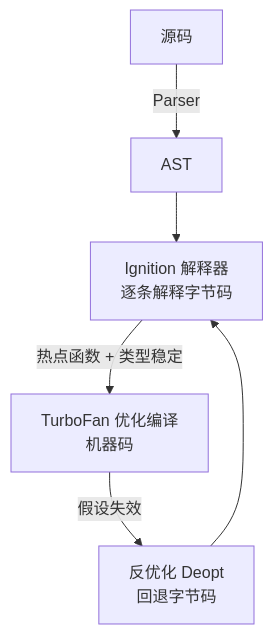
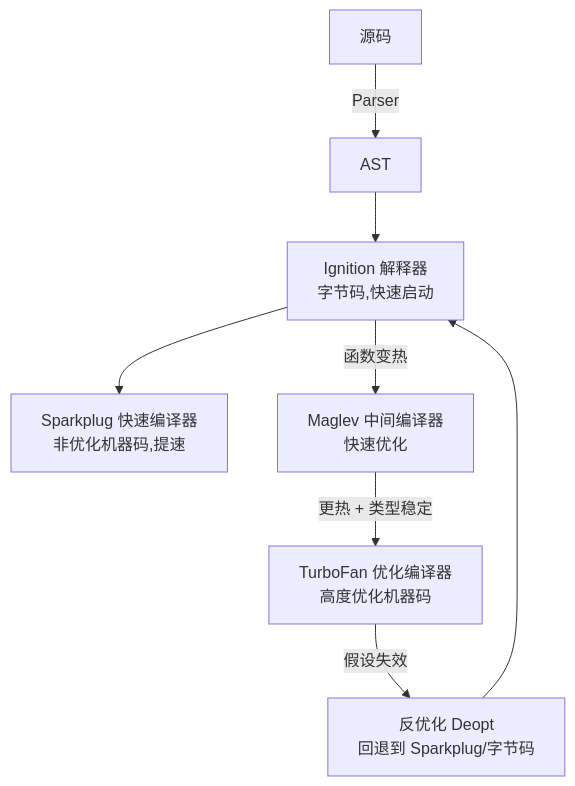
One commit to inspire-man/frontend-knowledge-base changed the first of 2 diagrams in frontend-knowledge-base/卷二-浏览器工作原理/2.6-V8引擎与内存.md. Above: the diagram before and after it, drawn with Mermaid. The commit also changed other lines of this file and 1 other file, not shown here.

````diff
--- a/frontend-knowledge-base/卷二-浏览器工作原理/2.6-V8引擎与内存.md
+++ b/frontend-knowledge-base/卷二-浏览器工作原理/2.6-V8引擎与内存.md
@@ -16,8 +16,10 @@
 ```mermaid
 flowchart TD
     A[源码] -->|Parser| B[AST]
-    B --> C[Ignition 解释器<br/>逐条解释字节码]
-    C -->|热点函数 + 类型稳定| D[TurboFan 优化编译<br/>机器码]
-    D -->|假设失效| E[反优化 Deopt<br/>回退字节码]
-    E --> C
+    B --> C[Ignition 解释器<br/>字节码,快速启动]
+    C --> D[Sparkplug 快速编译器<br/>非优化机器码,提速]
+    C -->|函数变热| E[Maglev 中间编译器<br/>快速优化]
+    E -->|更热 + 类型稳定| F[TurboFan 优化编译器<br/>高度优化机器码]
+    F -->|假设失效| G[反优化 Deopt<br/>回退到 Sparkplug/字节码]
+    G --> C
 ```
````
